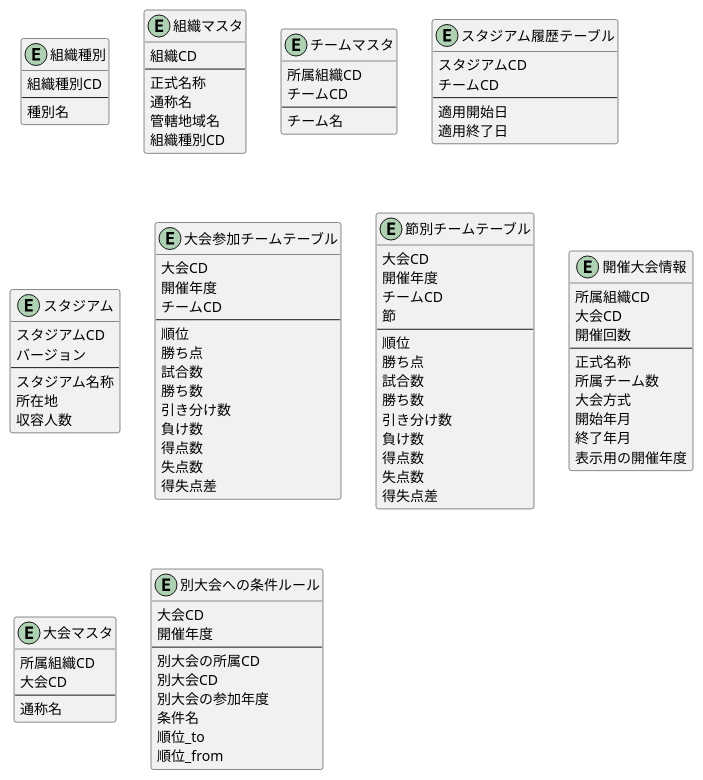
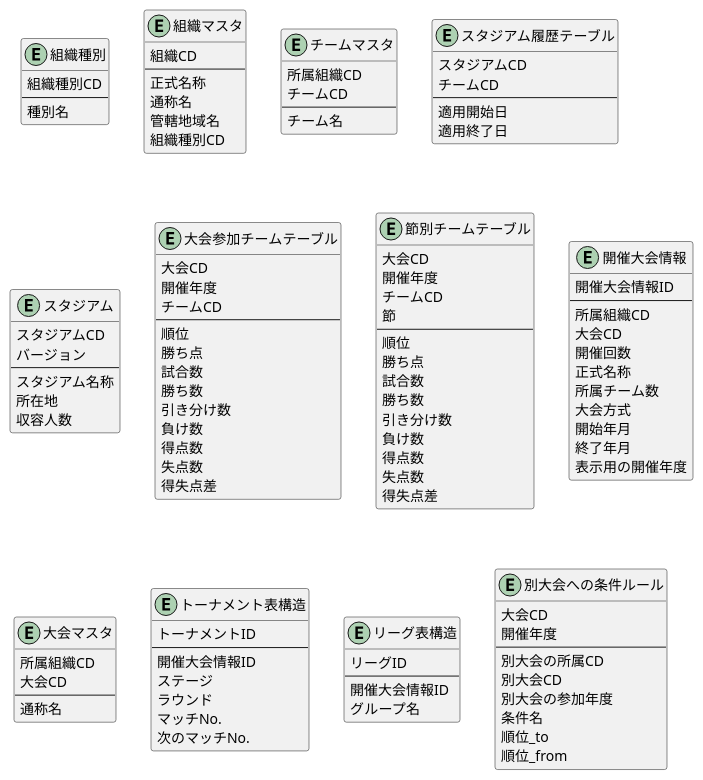
The diagram in soccker_db.puml (LCC-SYamada/SocckerDB_PlantUML), drawn with PlantUML before and after one commit.

Commit message:
開催大会情報のテーブルについてサロゲートIDに変更

```diff
--- a/soccker_db.puml
+++ b/soccker_db.puml
@@ -1,107 +1,125 @@
 @startuml
 
 Entity "組織種別" as OrganizationType {
   組織種別CD
   --
   種別名
 }
 
 Entity "組織マスタ" as Organization {
   組織CD
   --
   正式名称
   通称名
   管轄地域名
   組織種別CD
 }
 
 Entity "チームマスタ" as Team {
   所属組織CD
   チームCD
   --
   チーム名
 }
 
 Entity "スタジアム履歴テーブル" as StadiumHistory {
   スタジアムCD
   チームCD
   --
   適用開始日
   適用終了日
 }
 
 Entity "スタジアム" as Stadium {
   スタジアムCD
   バージョン
   --
   スタジアム名称
   所在地
   収容人数
 }
 
 Entity "大会参加チームテーブル" as SeaSonTournament {
   大会CD
   開催年度
   チームCD
   --
   順位
   勝ち点
   試合数
   勝ち数
   引き分け数
   負け数
   得点数
   失点数
   得失点差  
 }
 
 Entity "節別チームテーブル" as MatchDayRank {
   大会CD
   開催年度
   チームCD
   節
   --
   順位
   勝ち点
   試合数
   勝ち数
   引き分け数
   負け数
   得点数
   失点数
   得失点差  
 }
 
 Entity "開催大会情報" as TournamentInfo {
+  開催大会情報ID
+  --
   所属組織CD
   大会CD
   開催回数
-  --
   正式名称
   所属チーム数
   大会方式
   開始年月
   終了年月
   表示用の開催年度
 }
 
 Entity "大会マスタ" as Tournament {
   所属組織CD
   大会CD
   --
   通称名
 }
 
+Entity "トーナメント表構造" as TournamentTable {
+  トーナメントID
+  --
+  開催大会情報ID
+  ステージ
+  ラウンド
+  マッチNo.
+  次のマッチNo.
+}
+
+Entity "リーグ表構造" as LeagueTable {
+  リーグID
+  --
+  開催大会情報ID
+  グループ名
+}
+
 Entity "別大会への条件ルール" as TournamentDetail {
   大会CD
   開催年度
   --
   別大会の所属CD
   別大会CD
   別大会の参加年度
   条件名
   順位_to
   順位_from
 }
 
 @enduml
```
